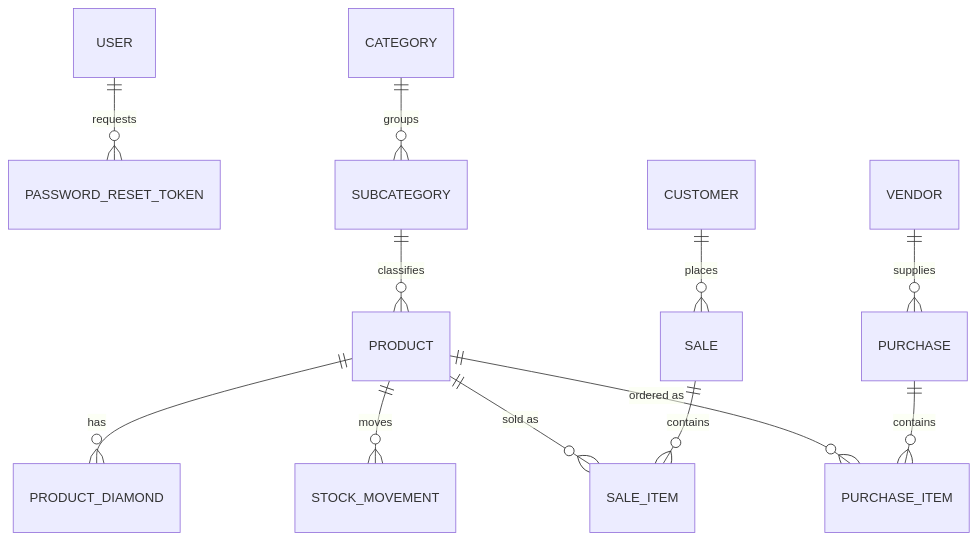
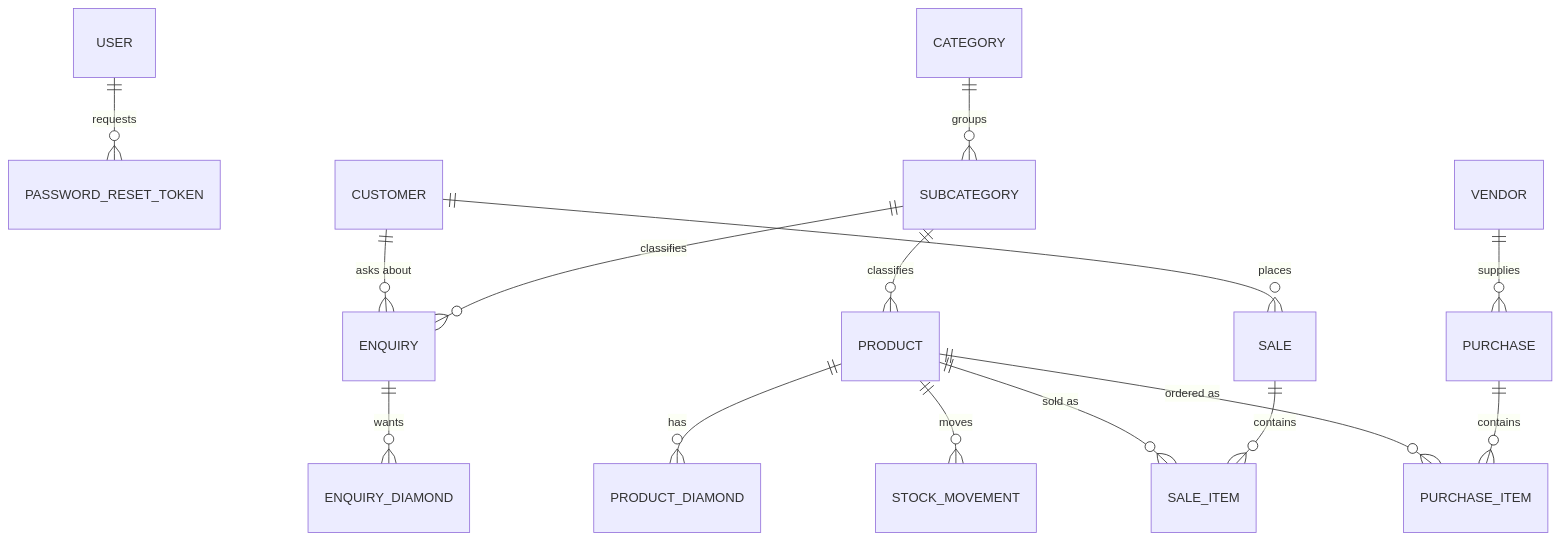
The diagram in brain/database/schema-overview.md (theByteSpark/houseOfSeyaInventoryManagementBackend), drawn with Mermaid before and after one commit. The commit also changed other lines of this file and 11 other files, not shown here.

````diff
--- a/brain/database/schema-overview.md
+++ b/brain/database/schema-overview.md
@@ -13,14 +13,17 @@
 ```mermaid
 erDiagram
     USER ||--o{ PASSWORD_RESET_TOKEN : "requests"
     CUSTOMER ||--o{ SALE : "places"
     CATEGORY ||--o{ SUBCATEGORY : "groups"
     SUBCATEGORY ||--o{ PRODUCT : "classifies"
     PRODUCT ||--o{ SALE_ITEM : "sold as"
     PRODUCT ||--o{ PURCHASE_ITEM : "ordered as"
     PRODUCT ||--o{ STOCK_MOVEMENT : "moves"
     PRODUCT ||--o{ PRODUCT_DIAMOND : "has"
     SALE ||--o{ SALE_ITEM : "contains"
     VENDOR ||--o{ PURCHASE : "supplies"
     PURCHASE ||--o{ PURCHASE_ITEM : "contains"
+    CUSTOMER ||--o{ ENQUIRY : "asks about"
+    SUBCATEGORY ||--o{ ENQUIRY : "classifies"
+    ENQUIRY ||--o{ ENQUIRY_DIAMOND : "wants"
 ```
````
